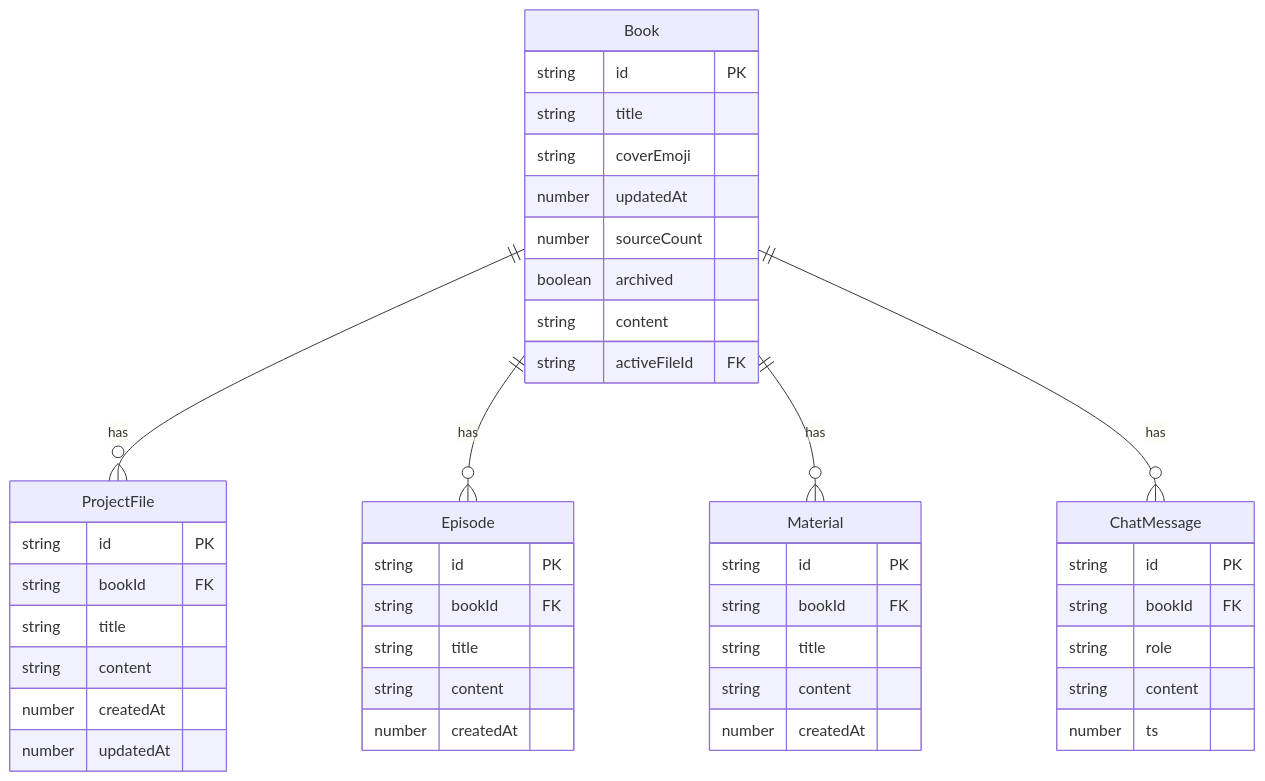
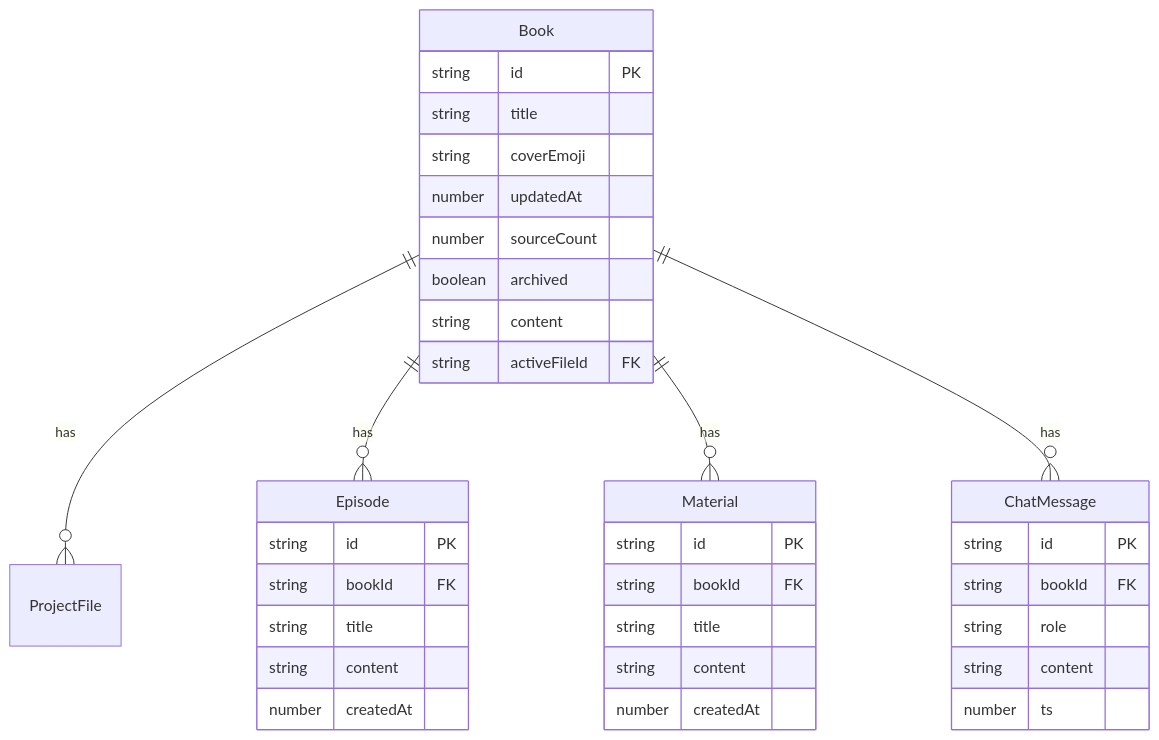
Before and after one commit to ray03j/openapi-challecara: the diagram in er_diagram.md, drawn with Mermaid.

Commit message:
delete: ProjectFile

````diff
--- a/er_diagram.md
+++ b/er_diagram.md
@@ -1,52 +1,43 @@
 ```mermaid
 erDiagram
     Book {
         string id PK
         string title
         string coverEmoji
         number updatedAt
         number sourceCount
         boolean archived
         string content
         string activeFileId FK
-    }
-
-    ProjectFile {
-        string id PK
-        string bookId FK
-        string title
-        string content
-        number createdAt
-        number updatedAt
     }
 
     Episode {
         string id PK
         string bookId FK
         string title
         string content
         number createdAt
     }
 
     Material {
         string id PK
         string bookId FK
         string title
         string content
         number createdAt
     }
 
     ChatMessage {
         string id PK
         string bookId FK
         string role
         string content
         number ts
     }
 
     Book ||--o{ ProjectFile : has
     Book ||--o{ Episode : has
     Book ||--o{ Material : has
     Book ||--o{ ChatMessage : has
 
 ```
````
